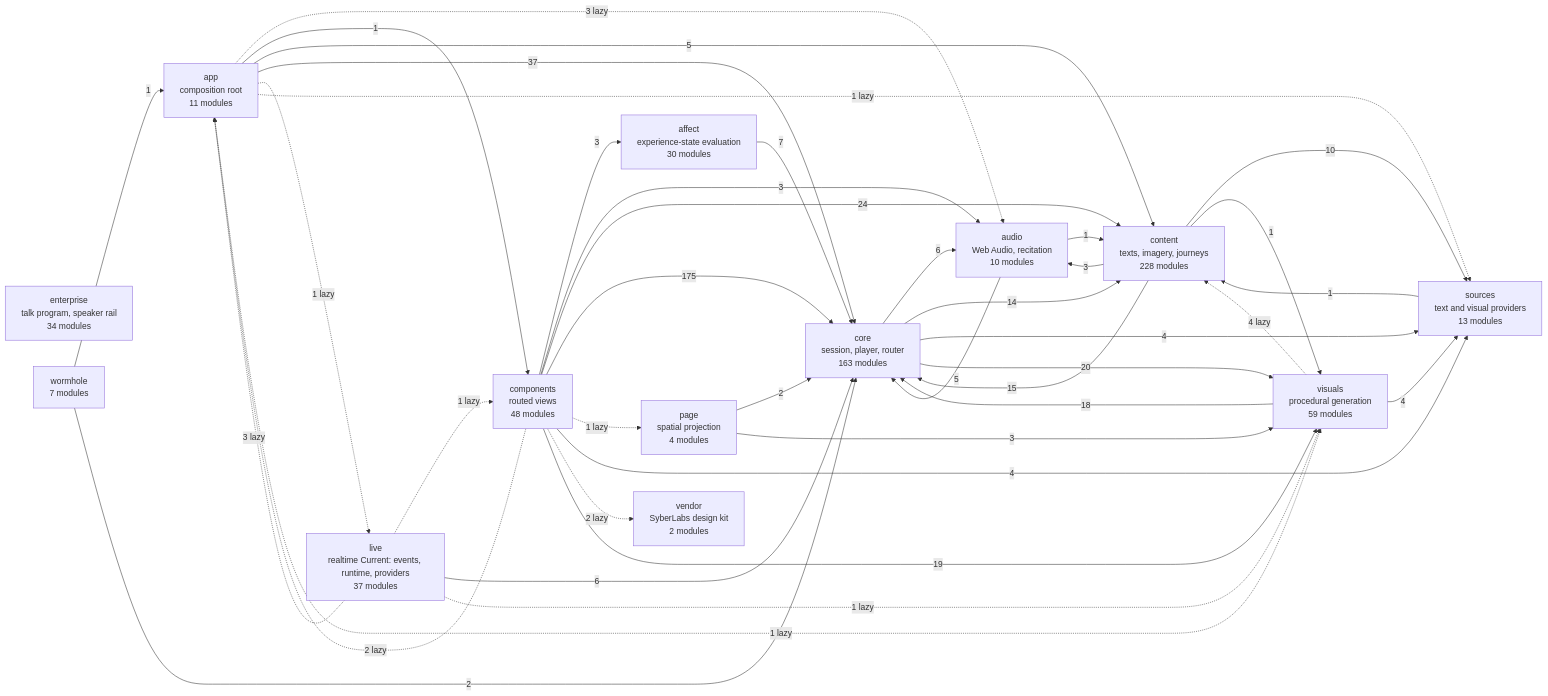
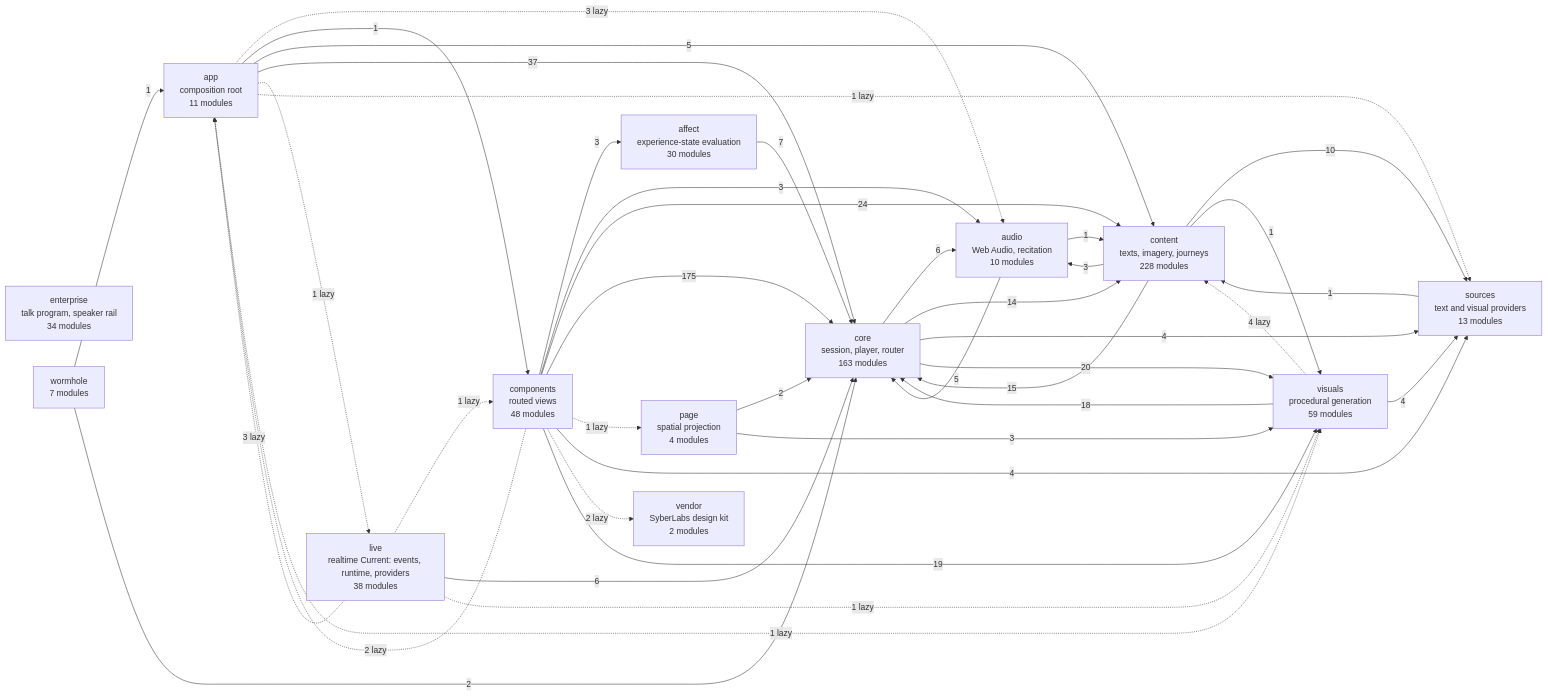
One commit to SyberLabs/RISE changed the diagram in docs/specs/ARCHITECTURE.md. Above: the diagram before and after it, drawn with Mermaid.

Commit message:
Architecture diagram: the live layer gained gemini-model.js

````diff
--- a/docs/specs/ARCHITECTURE.md
+++ b/docs/specs/ARCHITECTURE.md
@@ -160,56 +160,56 @@
 ```mermaid
 flowchart LR
     affect["affect<br/>experience-state evaluation<br/>30 modules"]
     app["app<br/>composition root<br/>11 modules"]
     audio["audio<br/>Web Audio, recitation<br/>10 modules"]
     components["components<br/>routed views<br/>48 modules"]
     content["content<br/>texts, imagery, journeys<br/>228 modules"]
     core["core<br/>session, player, router<br/>163 modules"]
     enterprise["enterprise<br/>talk program, speaker rail<br/>34 modules"]
-    live["live<br/>realtime Current: events, runtime, providers<br/>37 modules"]
+    live["live<br/>realtime Current: events, runtime, providers<br/>38 modules"]
     page["page<br/>spatial projection<br/>4 modules"]
     sources["sources<br/>text and visual providers<br/>13 modules"]
     vendor["vendor<br/>SyberLabs design kit<br/>2 modules"]
     visuals["visuals<br/>procedural generation<br/>59 modules"]
     wormhole["wormhole<br/>7 modules"]
 
     affect --> |7| core
     app -.-> |3 lazy| audio
     app --> |1| components
     app --> |5| content
     app --> |37| core
     app -.-> |1 lazy| live
     app -.-> |1 lazy| sources
     app -.-> |1 lazy| visuals
     audio --> |1| content
     audio --> |5| core
     components --> |3| affect
     components -.-> |2 lazy| app
     components --> |3| audio
     components --> |24| content
     components --> |175| core
     components -.-> |1 lazy| page
     components --> |4| sources
     components -.-> |2 lazy| vendor
     components --> |19| visuals
     content --> |3| audio
     content --> |15| core
     content --> |10| sources
     content --> |1| visuals
     core --> |6| audio
     core --> |14| content
     core --> |4| sources
     core --> |20| visuals
     live -.-> |3 lazy| app
     live -.-> |1 lazy| components
     live --> |6| core
     live -.-> |1 lazy| visuals
     page --> |2| core
     page --> |3| visuals
     sources --> |1| content
     visuals -.-> |4 lazy| content
     visuals --> |18| core
     visuals --> |4| sources
     wormhole --> |1| app
     wormhole --> |2| core
 ```
````
